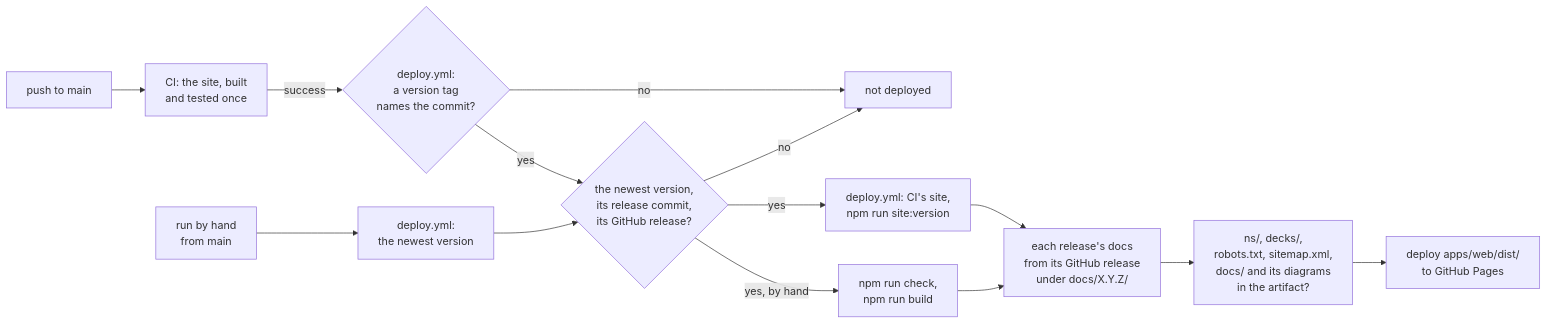
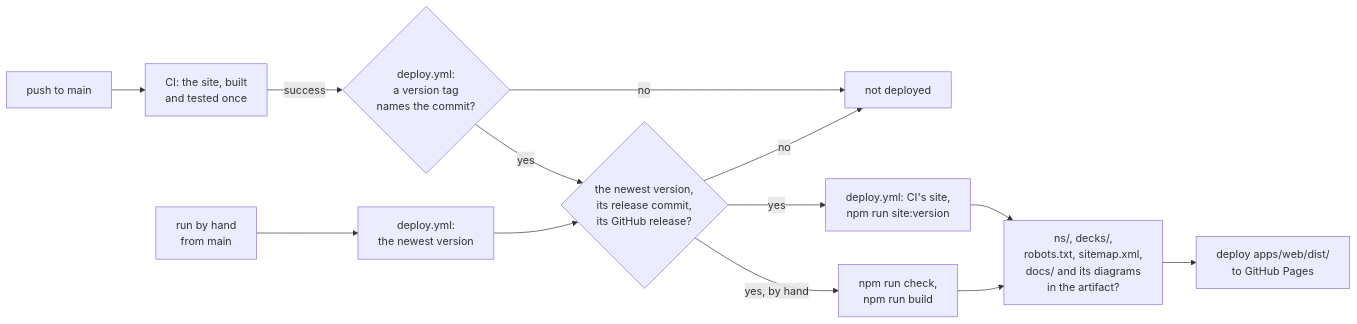
The diagram in docs/deployment.md (solid-memo/website), drawn with Mermaid before and after one commit. The commit also changed other lines of this file and 20 other files, not shown here.

First line of the commit message:
ci(deploy): serve only the deployed version's docs

````diff
--- a/docs/deployment.md
+++ b/docs/deployment.md
@@ -17,12 +17,12 @@
 ```mermaid
 flowchart LR
     accTitle: When a version is deployed
-    accDescr: A push to main, or a run by hand, deploys only the newest version, from its release commit and with its GitHub release: after CI, the site CI built and tested, given the version; by hand, a build after npm run check; then each release's docs and the guard.
+    accDescr: A push to main, or a run by hand, deploys only the newest version, from its release commit and with its GitHub release: after CI, the site CI built and tested, given the version; by hand, a build after npm run check; then the guard.
     push["push to main"] --> ci["CI: the site, built<br/>and tested once"] -->|success| tag{"deploy.yml:<br/>a version tag<br/>names the commit?"}
     tag -->|no| skip["not deployed"]
     tag -->|yes| release{"the newest version,<br/>its release commit,<br/>its GitHub release?"}
     release -->|no| skip
-    release -->|yes| site["deploy.yml: CI's site,<br/>npm run site:version"] --> versions["each release's docs<br/>from its GitHub release<br/>under docs/X.Y.Z/"] --> guard["ns/, decks/,<br/>robots.txt, sitemap.xml,<br/>docs/ and its diagrams<br/>in the artifact?"] --> pages["deploy apps/web/dist/<br/>to GitHub Pages"]
+    release -->|yes| site["deploy.yml: CI's site,<br/>npm run site:version"] --> guard["ns/, decks/,<br/>robots.txt, sitemap.xml,<br/>docs/ and its diagrams<br/>in the artifact?"] --> pages["deploy apps/web/dist/<br/>to GitHub Pages"]
     hand["run by hand<br/>from main"] --> newest["deploy.yml:<br/>the newest version"] --> release
-    release -->|"yes, by hand"| check["npm run check,<br/>npm run build"] --> versions
+    release -->|"yes, by hand"| check["npm run check,<br/>npm run build"] --> guard
 ```
````
